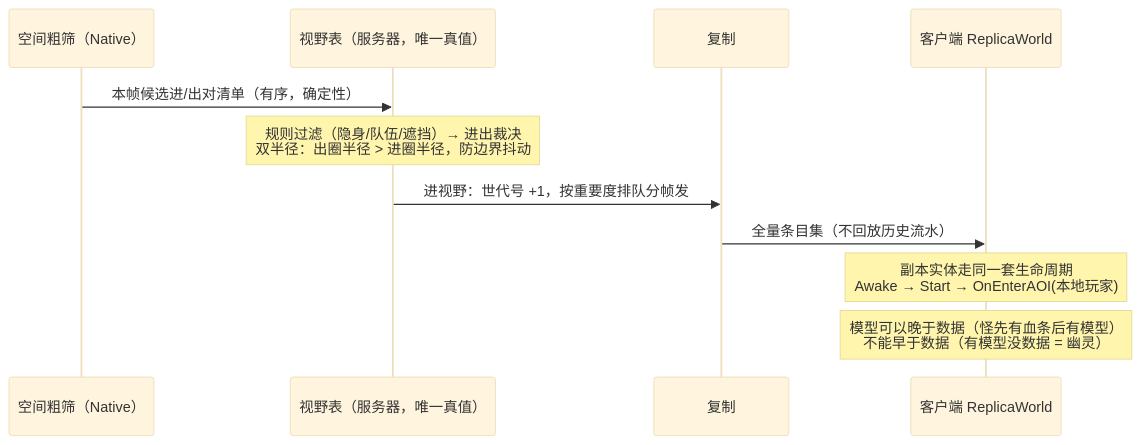
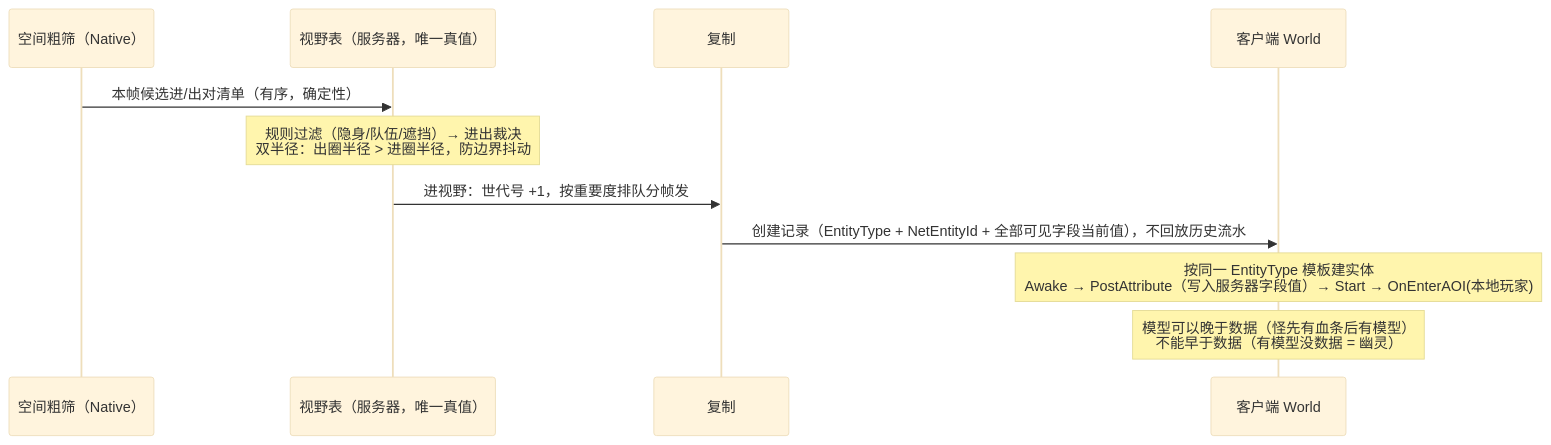
Before and after one commit to LumioGames/LumioGameEngine: the third of 3 diagrams in .spec/knowledge/features/ecs.md, drawn with Mermaid (base theme). The commit also changed other lines of this file and 12 other files, not shown here.

````diff
--- a/.spec/knowledge/features/ecs.md
+++ b/.spec/knowledge/features/ecs.md
@@ -160,13 +164,13 @@
 ```mermaid
 sequenceDiagram
   participant K as 空间粗筛（Native）
   participant V as 视野表（服务器，唯一真值）
   participant S as 复制
-  participant C as 客户端 ReplicaWorld
+  participant C as 客户端 World
   K->>V: 本帧候选进/出对清单（有序，确定性）
   Note over V: 规则过滤（隐身/队伍/遮挡）→ 进出裁决<br/>双半径：出圈半径 > 进圈半径，防边界抖动
   V->>S: 进视野：世代号 +1，按重要度排队分帧发
-  S->>C: 全量条目集（不回放历史流水）
-  Note over C: 副本实体走同一套生命周期<br/>Awake → Start → OnEnterAOI(本地玩家)
+  S->>C: 创建记录（EntityType + NetEntityId + 全部可见字段当前值），不回放历史流水
+  Note over C: 按同一 EntityType 模板建实体<br/>Awake → PostAttribute（写入服务器字段值）→ Start → OnEnterAOI(本地玩家)
   Note over C: 模型可以晚于数据（怪先有血条后有模型）<br/>不能早于数据（有模型没数据 = 幽灵）
 ```
````
